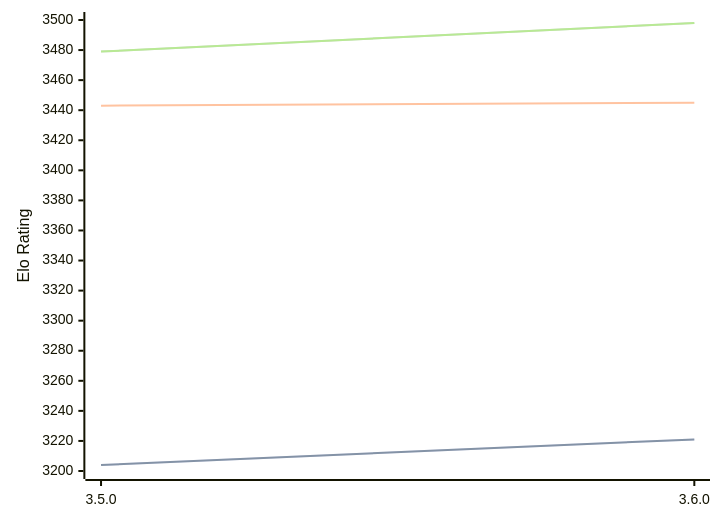
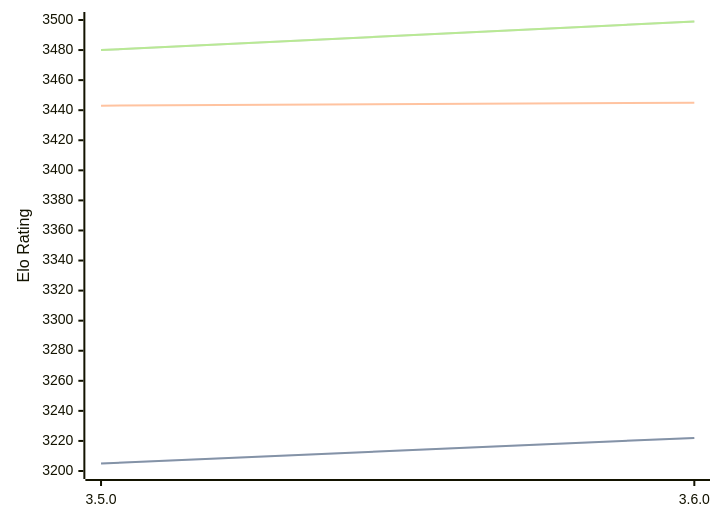
The diagram in engines/Igel.md (computer-chess-index/cci), drawn with Mermaid before and after one commit. The commit also changed other lines of this file, not shown here.

Commit message:
Update CCI Ratings (ELO VLTC) - 2026-05-01

````diff
--- a/engines/Igel.md
+++ b/engines/Igel.md
@@ -68,11 +68,11 @@
 ```mermaid
 %%{init: {"theme":"base","themeVariables":{"seriesColors:['#a3a3a3','#222221','#faa371']}}}%%
 xychart-beta
   x-axis ["3.5.0", "3.6.0"]
   y-axis "Elo Rating" 3200 --> 3500
-  line "STC (8.0+0.08s)" [3204, 3221]
-  line "STC (8.0+0.08s)" [3204, 3221]
+  line "STC (8.0+0.08s)" [3205, 3222]
+  line "STC (8.0+0.08s)" [3205, 3222]
   line "LTC (60.0+0.60s)" [3443, 3445]
-  line "VLTC (2m24s+1.12s)" [3479, 3498]
-  line "VLTC (2m24s+1.12s)" [3479, 3498]
+  line "VLTC (2m24s+1.12s)" [3480, 3499]
+  line "VLTC (2m24s+1.12s)" [3480, 3499]
 ```
````
